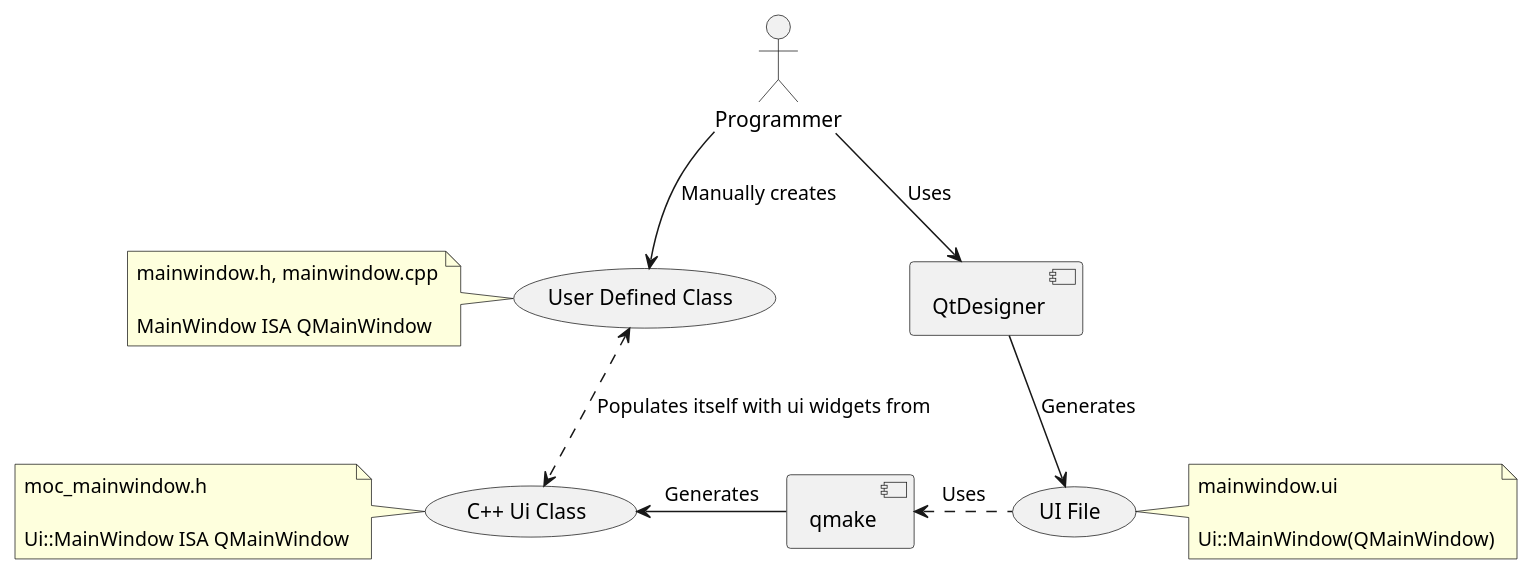
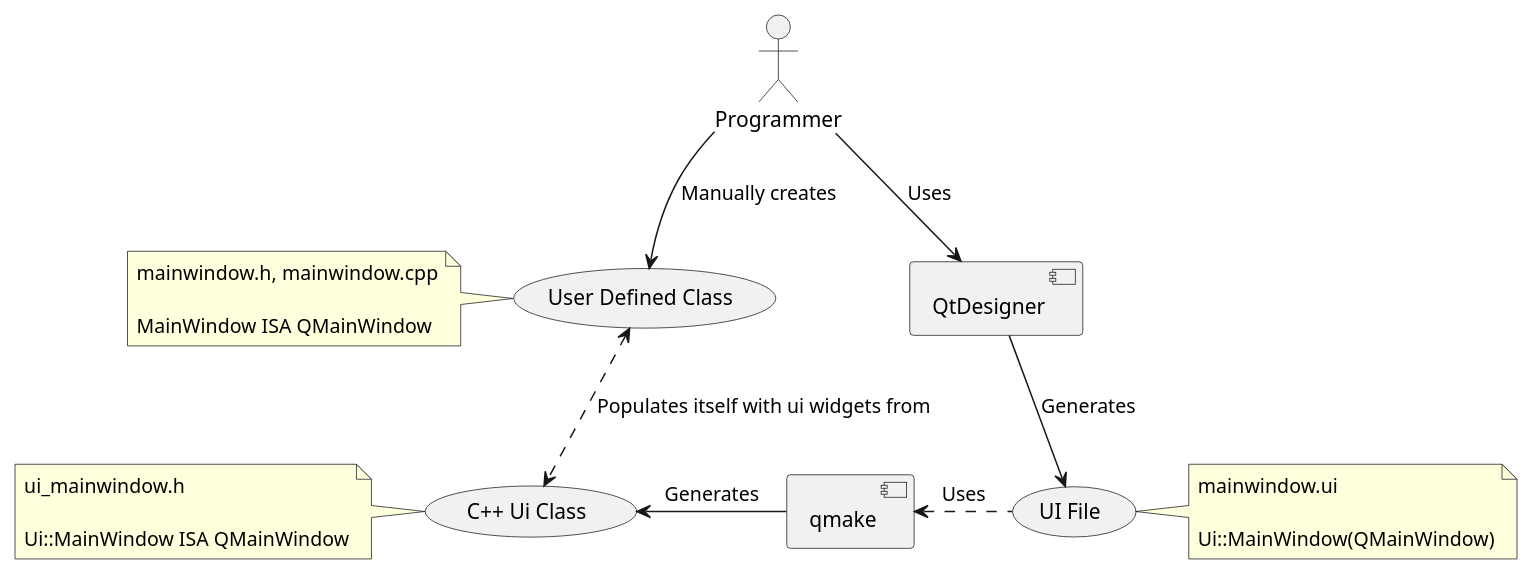
The diagram in qtcreator/firstapp/notes/what.puml (satishgoda/learningqt), drawn with PlantUML before and after one commit.

Commit message:
Fixed incorrect name for auto-generated C++ ui file by qmake.

```diff
--- a/qtcreator/firstapp/notes/what.puml
+++ b/qtcreator/firstapp/notes/what.puml
@@ -1,44 +1,44 @@
 @startuml
 ''left to right direction
 
 :Programmer: as P
 
 [QtDesigner] as QtD
 [qmake] as QMake
 
 (UI File) as UiFile
 (C++ Ui Class) as cppUiFile
 (User Defined Class) as UDC
 
 note as nUiFile
 mainwindow.ui
 
 Ui::MainWindow(QMainWindow)
 end note
 
 note as ncppUiFile
-moc_mainwindow.h
+ui_mainwindow.h
 
 Ui::MainWindow ISA QMainWindow
 end note
 
 note as nUDC
 mainwindow.h, mainwindow.cpp
 
 MainWindow ISA QMainWindow
 end note
 
 P --> QtD : Uses
 QtD --> UiFile : Generates
 QMake <.r. UiFile : Uses
 QMake -l-> cppUiFile : Generates
 
 UiFile .r. nUiFile
 cppUiFile .l. ncppUiFile
 
 P --> UDC : Manually creates
 UDC .l. nUDC
 
 UDC <..> cppUiFile : Populates itself with ui widgets from
 
 @enduml
```
